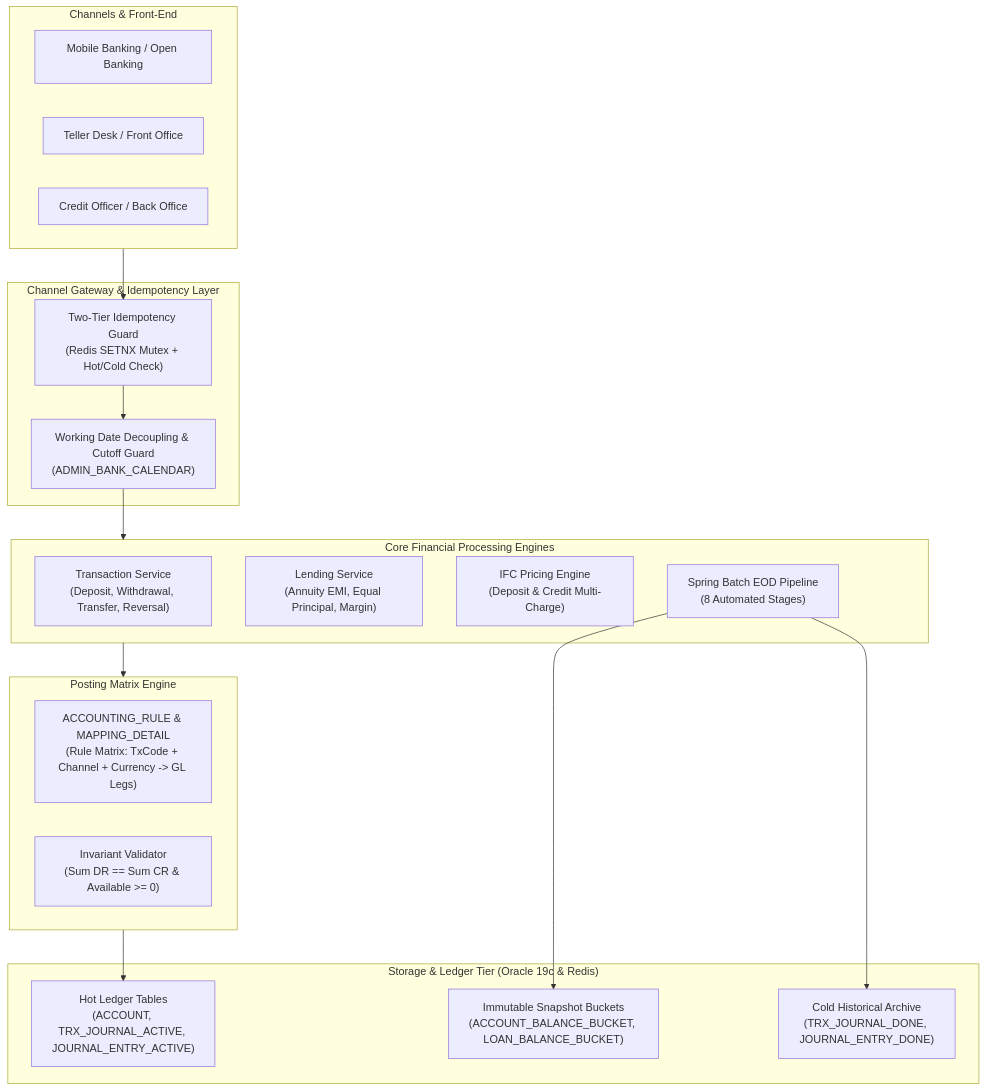
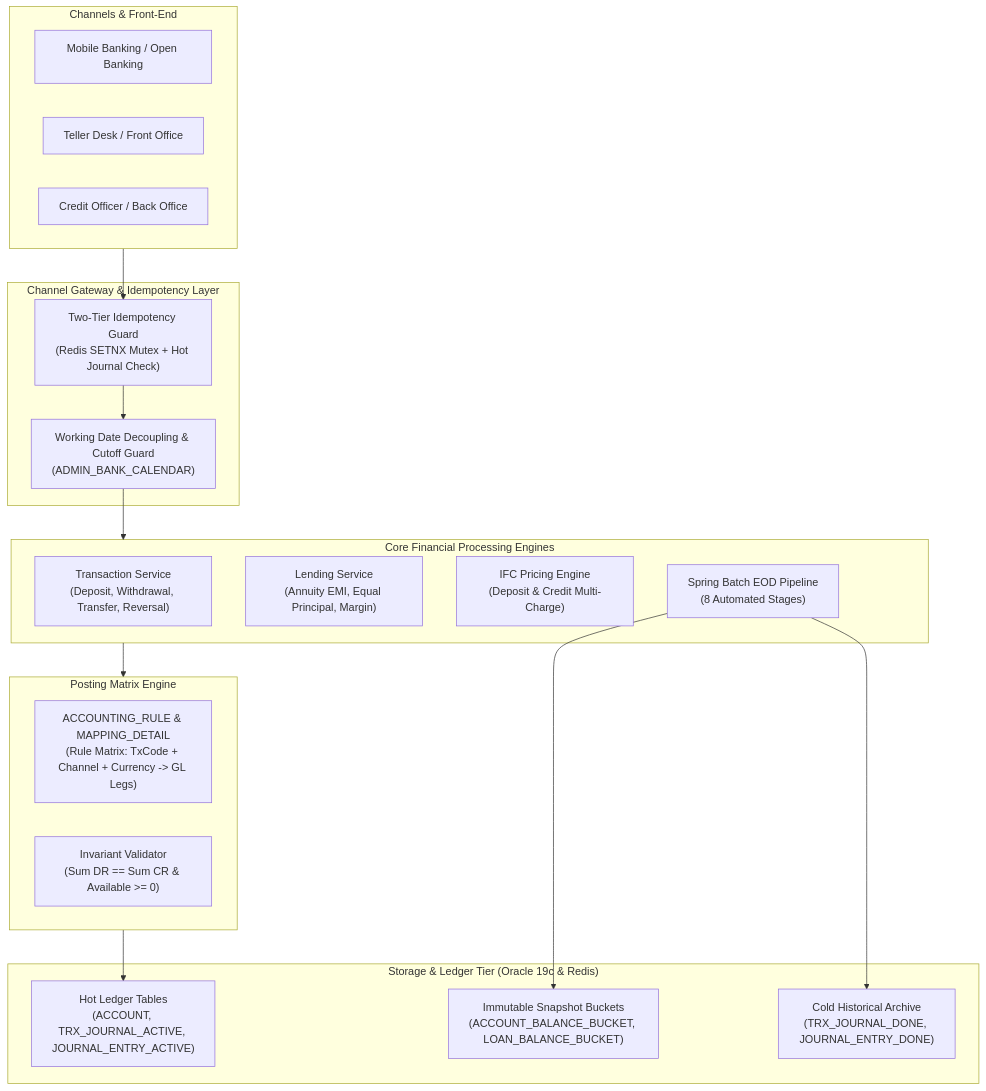
Before and after one commit to O-VanTho-programmer/CoreBanking: the first of 3 diagrams in docs/PORTFOLIO_CORE_BANKING_SHOWCASE.md, drawn with Mermaid. The commit also changed other lines of this file and 4 other files, not shown here.

Commit message:
perf & docs: eliminate cold table lookups in daytime idempotency, extend redis ttl to 24h, and update architecture specs

````diff
--- a/docs/PORTFOLIO_CORE_BANKING_SHOWCASE.md
+++ b/docs/PORTFOLIO_CORE_BANKING_SHOWCASE.md
@@ -20,37 +20,37 @@
 ```mermaid
 flowchart TD
     subgraph Channels["Channels & Front-End"]
         MB["Mobile Banking / Open Banking"]
         FO["Teller Desk / Front Office"]
         BO["Credit Officer / Back Office"]
     end
 
     subgraph Security_Idemp["Channel Gateway & Idempotency Layer"]
-        IDEMP["Two-Tier Idempotency Guard\n(Redis SETNX Mutex + Hot/Cold Check)"]
+        IDEMP["Two-Tier Idempotency Guard\n(Redis SETNX Mutex + Hot Journal Check)"]
         DATE["Working Date Decoupling & Cutoff Guard\n(ADMIN_BANK_CALENDAR)"]
     end
 
     subgraph CoreServices["Core Financial Processing Engines"]
         TRX["Transaction Service\n(Deposit, Withdrawal, Transfer, Reversal)"]
         LND["Lending Service\n(Annuity EMI, Equal Principal, Margin)"]
         IFC["IFC Pricing Engine\n(Deposit & Credit Multi-Charge)"]
         EOD["Spring Batch EOD Pipeline\n(8 Automated Stages)"]
     end
 
     subgraph Accounting_Engine["Posting Matrix Engine"]
         RULE["ACCOUNTING_RULE & MAPPING_DETAIL\n(Rule Matrix: TxCode + Channel + Currency -> GL Legs)"]
         CHECK["Invariant Validator\n(Sum DR == Sum CR & Available >= 0)"]
     end
 
     subgraph Persistence["Storage & Ledger Tier (Oracle 19c & Redis)"]
         HOT["Hot Ledger Tables\n(ACCOUNT, TRX_JOURNAL_ACTIVE, JOURNAL_ENTRY_ACTIVE)"]
         BUCKET["Immutable Snapshot Buckets\n(ACCOUNT_BALANCE_BUCKET, LOAN_BALANCE_BUCKET)"]
         COLD["Cold Historical Archive\n(TRX_JOURNAL_DONE, JOURNAL_ENTRY_DONE)"]
     end
 
     Channels --> IDEMP --> DATE --> CoreServices
     CoreServices --> Accounting_Engine
     Accounting_Engine --> HOT
     EOD --> BUCKET
     EOD --> COLD
 ```
````
